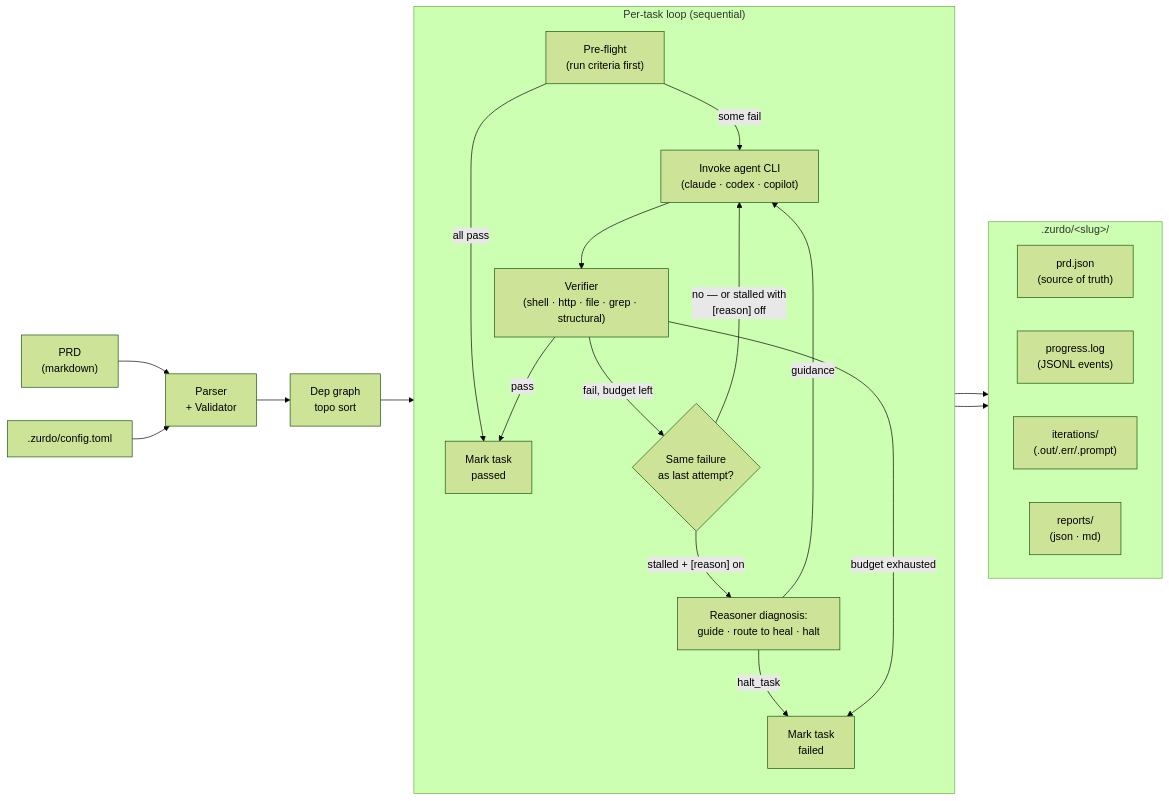
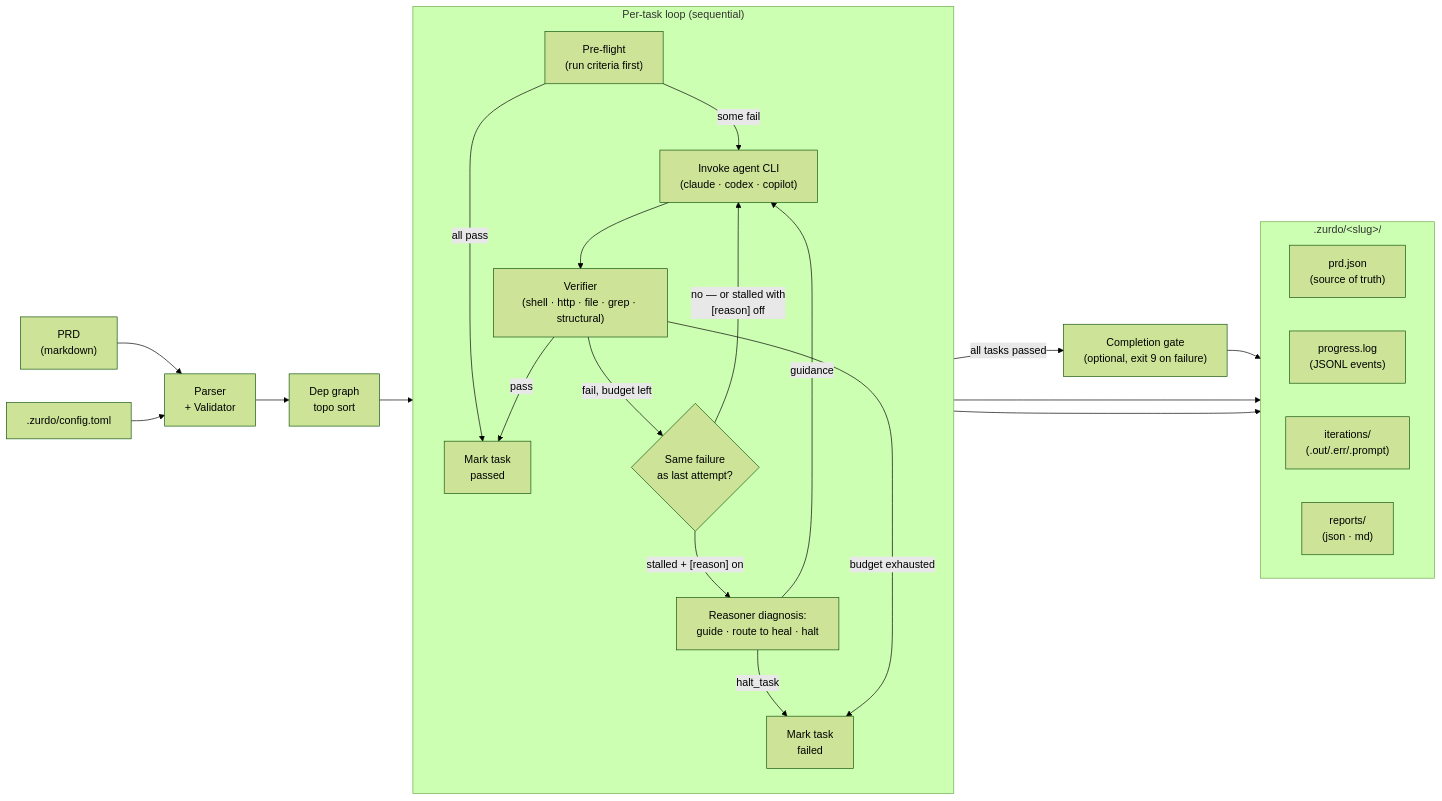
Before and after one commit to NumeronAI/zurdo.github.io: the diagram in docs/how-it-works.md, drawn with Mermaid (forest theme). The commit also changed other lines of this file and 9 other files, not shown here.

First line of the commit message:
Update docs to v1.21.0: completion gate, lesson obligations, lessons as source, lint roster

````diff
--- a/docs/how-it-works.md
+++ b/docs/how-it-works.md
@@ -36,32 +37,34 @@
 ```mermaid
 flowchart LR
     PRD["PRD<br/>(markdown)"] --> PARSE["Parser<br/>+ Validator"]
     CONFIG[".zurdo/config.toml"] --> PARSE
     PARSE --> GRAPH["Dep graph<br/>topo sort"]
     GRAPH --> LOOP
 
     subgraph LOOP ["Per-task loop (sequential)"]
         direction TB
         PREFLIGHT["Pre-flight<br/>(run criteria first)"] -->|all pass| DONE
         PREFLIGHT -->|some fail| AGENT["Invoke agent CLI<br/>(claude · codex · copilot)"]
         AGENT --> VERIFY["Verifier<br/>(shell · http · file · grep · structural)"]
         VERIFY -->|pass| DONE["Mark task<br/>passed"]
         VERIFY -->|fail, budget left| STALLQ{"Same failure<br/>as last attempt?"}
         STALLQ -->|"no — or stalled with<br/>[reason] off"| AGENT
         STALLQ -->|"stalled + [reason] on"| DIAG["Reasoner diagnosis:<br/>guide · route to heal · halt"]
         DIAG -->|guidance| AGENT
         DIAG -->|halt_task| FAIL
         VERIFY -->|budget exhausted| FAIL["Mark task<br/>failed"]
     end
 
     DONE --> STATE
     FAIL --> STATE
+    LOOP -->|"all tasks passed"| GATE["Completion gate<br/>(optional, exit 9 on failure)"]
+    GATE --> STATE
 
     subgraph STATE [".zurdo/&lt;slug&gt;/"]
         direction LR
         PRDJSON["prd.json<br/>(source of truth)"]
         PROGLOG["progress.log<br/>(JSONL events)"]
         ITERS["iterations/<br/>(.out/.err/.prompt)"]
         REPORTS["reports/<br/>(json · md)"]
     end
 ```
````
